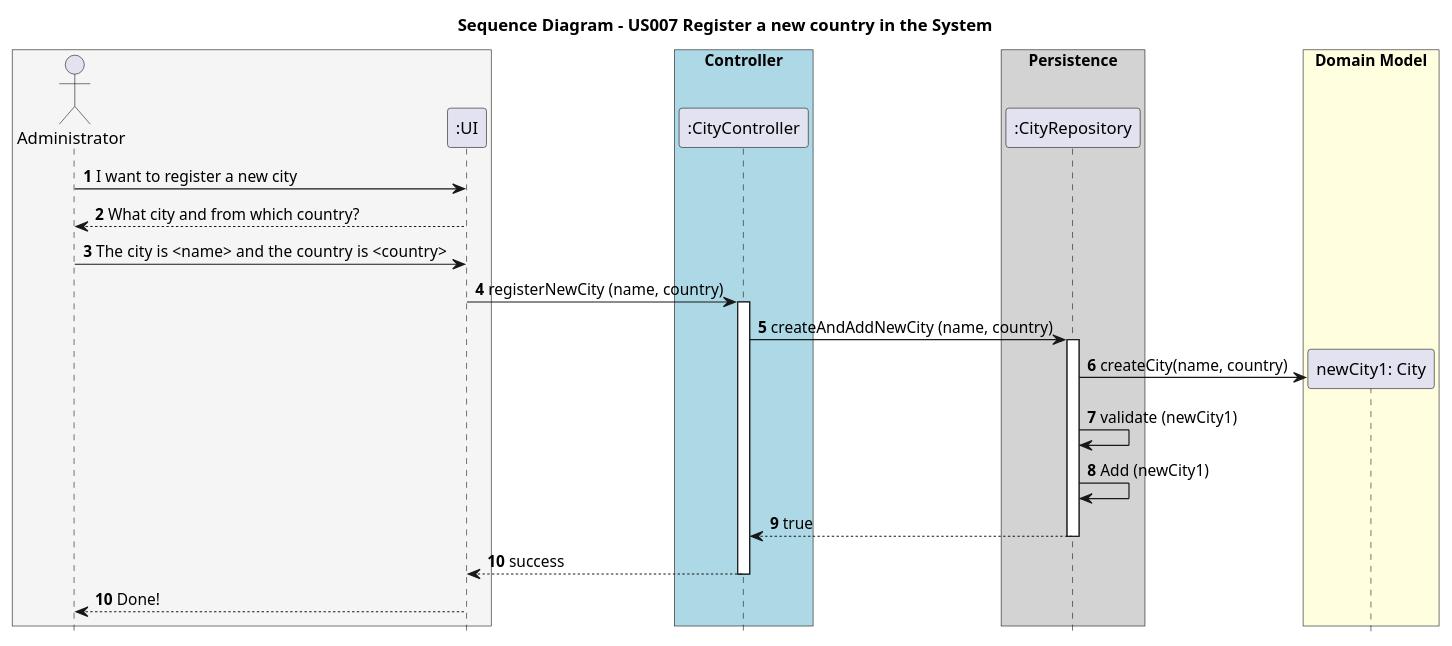
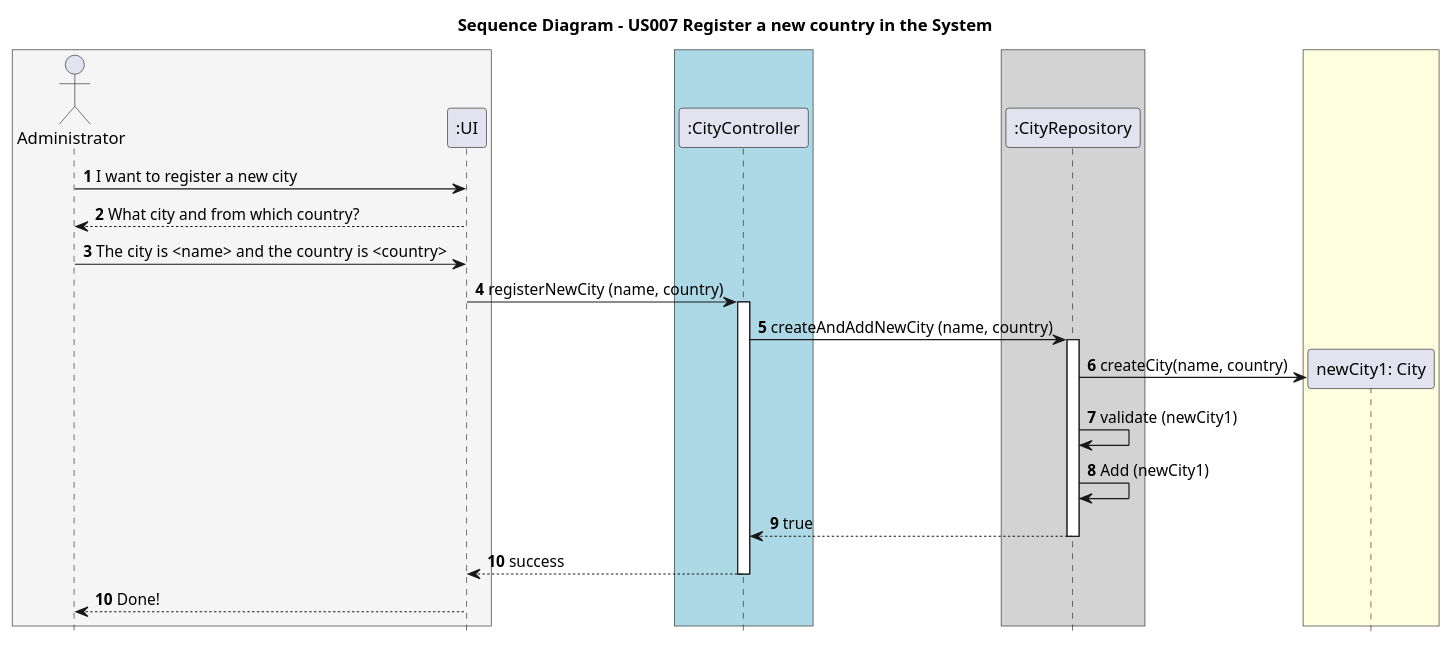
One commit to AndrePereiraGitH/SWitCH-Project-Team_A changed the diagram in Diagrams/SequenceDiagrams/N2/US008-to-register-new-city-in-the-system.puml. Above: the diagram before and after it, drawn with PlantUML. The commit also changed 11 other files, not shown here.

```diff
--- a/Diagrams/SequenceDiagrams/N2/US008-to-register-new-city-in-the-system.puml
+++ b/Diagrams/SequenceDiagrams/N2/US008-to-register-new-city-in-the-system.puml
@@ -1,45 +1,45 @@
 @startuml
 
 footbox off
 
 title Sequence Diagram - US007 Register a new country in the System
 
 box #WhiteSmoke
 actor Administrator
 participant ":UI" as UI
 end box
 
-box "Controller" #LightBlue
+box #LightBlue
 participant ":CityController" as CityController
 end box
-box "Persistence" #LightGrey
+box #LightGrey
 participant ":CityRepository" as AddressRepository
 end box
 
 Administrator -> UI : **1** I want to register a new city
 UI --> Administrator : **2** What city and from which country?
 Administrator -> UI : **3** The city is <name> and the country is  <country>
 
 UI -> CityController : **4** registerNewCity (name, country)
 activate CityController
 
 CityController -> AddressRepository : **5** createAndAddNewCity (name, country)
 activate AddressRepository
 
-box "Domain Model" #LightYellow
+box #LightYellow
 create "newCity1: City" as City
 AddressRepository -> City : **6** createCity(name, country)
 end box
 
 AddressRepository -> AddressRepository : **7** validate (newCity1)
 AddressRepository -> AddressRepository : **8** Add (newCity1)
 
 AddressRepository --> CityController : **9** true
 deactivate AddressRepository
 
 CityController --> UI : **10** success
 deactivate CityController
 
 UI --> Administrator : **10** Done!
 
 @enduml
```
